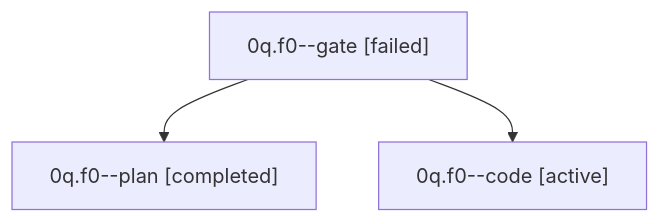
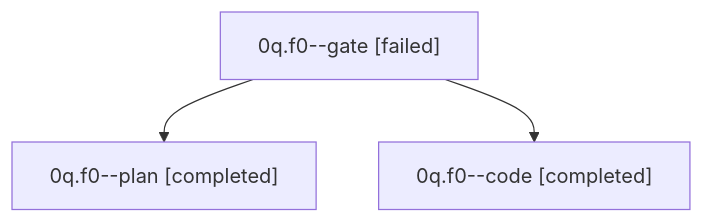
One commit to sase-org/sase--agents changed the diagram in sessions/bbugyi200.kellys_mbp.0q.f0.md. Above: the diagram before and after it, drawn with Mermaid. The commit also changed other lines of this file and 26 other files, not shown here.

````diff
--- a/sessions/bbugyi200.kellys_mbp.0q.f0.md
+++ b/sessions/bbugyi200.kellys_mbp.0q.f0.md
@@ -9,8 +9,8 @@
 ```mermaid
 flowchart TD
   n0["0q.f0--gate [failed]"]
   n1["0q.f0--plan [completed]"]
   n0 --> n1
-  n2["0q.f0--code [active]"]
+  n2["0q.f0--code [completed]"]
   n0 --> n2
 ```
````
